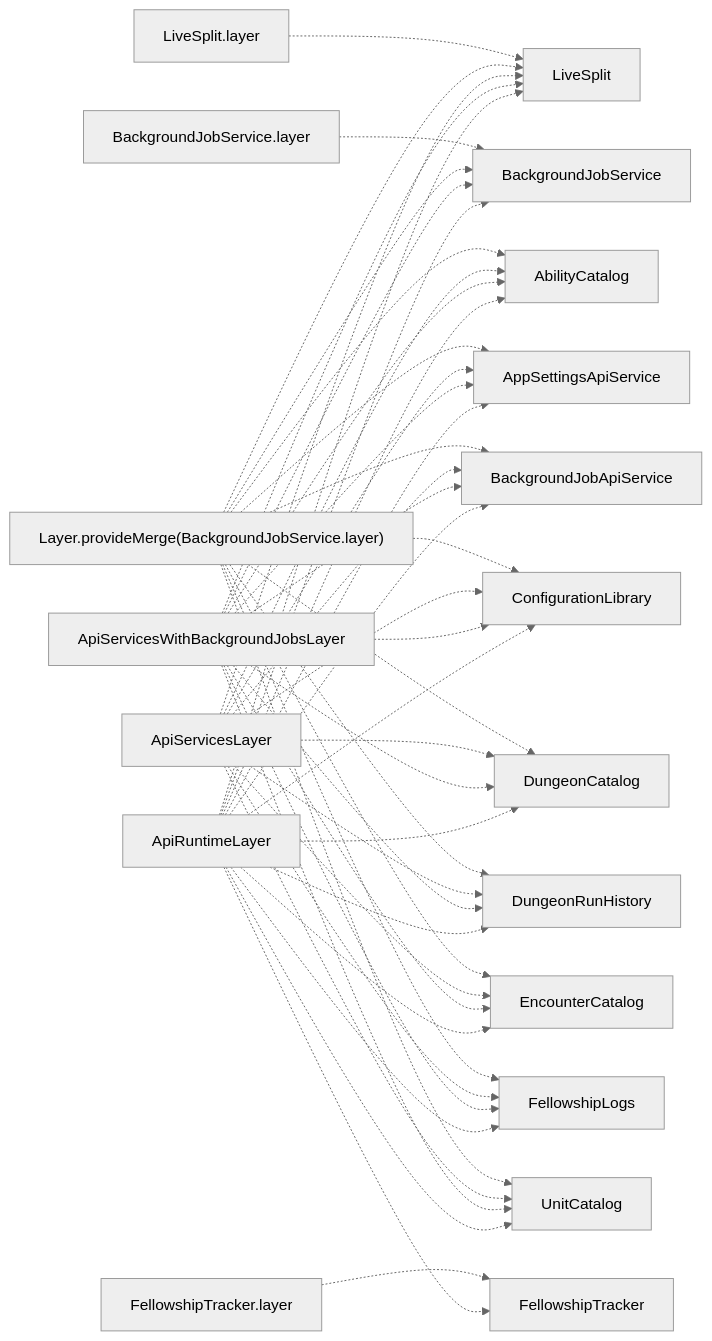
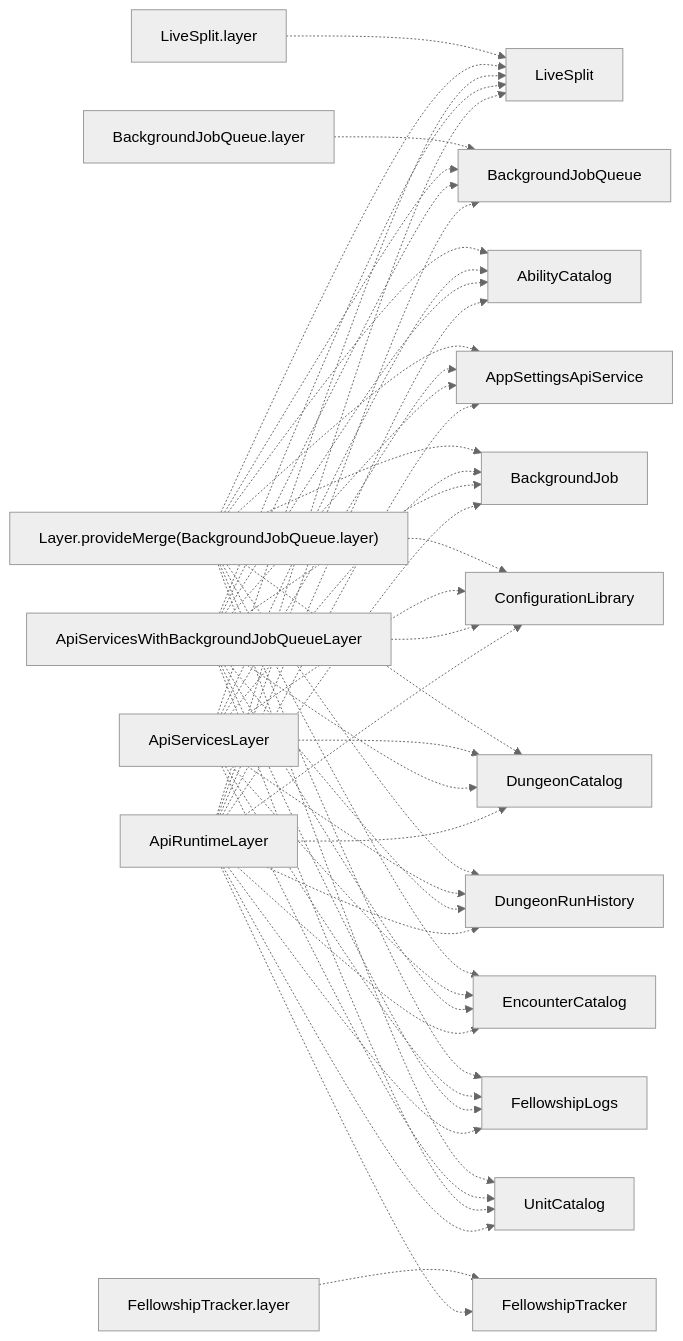
Before and after one commit to reeddunkle/fellowship-run-tracker: the diagram in apps/api/docs/architecture/analysis/service-bundle-memberships.mmd, drawn with Mermaid (neutral theme). The commit also changed 35 other files, not shown here.

Commit message:
refactor background job services

```diff
--- a/apps/api/docs/architecture/analysis/service-bundle-memberships.mmd
+++ b/apps/api/docs/architecture/analysis/service-bundle-memberships.mmd
@@ -1,67 +1,67 @@
 flowchart LR
   LiveSplit_layer["LiveSplit.layer"]
-  Layer_provideMerge_BackgroundJobService_layer_["Layer.provideMerge(BackgroundJobService.layer)"]
+  Layer_provideMerge_BackgroundJobQueue_layer_["Layer.provideMerge(BackgroundJobQueue.layer)"]
   ApiServicesLayer["ApiServicesLayer"]
-  ApiServicesWithBackgroundJobsLayer["ApiServicesWithBackgroundJobsLayer"]
+  ApiServicesWithBackgroundJobQueueLayer["ApiServicesWithBackgroundJobQueueLayer"]
   ApiRuntimeLayer["ApiRuntimeLayer"]
   FellowshipTracker_layer["FellowshipTracker.layer"]
-  BackgroundJobService_layer["BackgroundJobService.layer"]
+  BackgroundJobQueue_layer["BackgroundJobQueue.layer"]
   LiveSplit["LiveSplit"]
   FellowshipTracker["FellowshipTracker"]
-  BackgroundJobService["BackgroundJobService"]
+  BackgroundJobQueue["BackgroundJobQueue"]
   AbilityCatalog["AbilityCatalog"]
   AppSettingsApiService["AppSettingsApiService"]
-  BackgroundJobApiService["BackgroundJobApiService"]
+  BackgroundJob["BackgroundJob"]
   ConfigurationLibrary["ConfigurationLibrary"]
   DungeonCatalog["DungeonCatalog"]
   DungeonRunHistory["DungeonRunHistory"]
   EncounterCatalog["EncounterCatalog"]
   FellowshipLogs["FellowshipLogs"]
   UnitCatalog["UnitCatalog"]
   LiveSplit_layer -.-> LiveSplit
-  Layer_provideMerge_BackgroundJobService_layer_ -.-> LiveSplit
+  Layer_provideMerge_BackgroundJobQueue_layer_ -.-> LiveSplit
   ApiServicesLayer -.-> LiveSplit
-  ApiServicesWithBackgroundJobsLayer -.-> LiveSplit
+  ApiServicesWithBackgroundJobQueueLayer -.-> LiveSplit
   ApiRuntimeLayer -.-> LiveSplit
   FellowshipTracker_layer -.-> FellowshipTracker
   ApiRuntimeLayer -.-> FellowshipTracker
-  BackgroundJobService_layer -.-> BackgroundJobService
-  Layer_provideMerge_BackgroundJobService_layer_ -.-> BackgroundJobService
-  ApiServicesWithBackgroundJobsLayer -.-> BackgroundJobService
-  ApiRuntimeLayer -.-> BackgroundJobService
-  Layer_provideMerge_BackgroundJobService_layer_ -.-> AbilityCatalog
+  BackgroundJobQueue_layer -.-> BackgroundJobQueue
+  Layer_provideMerge_BackgroundJobQueue_layer_ -.-> BackgroundJobQueue
+  ApiServicesWithBackgroundJobQueueLayer -.-> BackgroundJobQueue
+  ApiRuntimeLayer -.-> BackgroundJobQueue
+  Layer_provideMerge_BackgroundJobQueue_layer_ -.-> AbilityCatalog
   ApiServicesLayer -.-> AbilityCatalog
-  ApiServicesWithBackgroundJobsLayer -.-> AbilityCatalog
+  ApiServicesWithBackgroundJobQueueLayer -.-> AbilityCatalog
   ApiRuntimeLayer -.-> AbilityCatalog
-  Layer_provideMerge_BackgroundJobService_layer_ -.-> AppSettingsApiService
+  Layer_provideMerge_BackgroundJobQueue_layer_ -.-> AppSettingsApiService
   ApiServicesLayer -.-> AppSettingsApiService
-  ApiServicesWithBackgroundJobsLayer -.-> AppSettingsApiService
+  ApiServicesWithBackgroundJobQueueLayer -.-> AppSettingsApiService
   ApiRuntimeLayer -.-> AppSettingsApiService
-  Layer_provideMerge_BackgroundJobService_layer_ -.-> BackgroundJobApiService
-  ApiServicesLayer -.-> BackgroundJobApiService
-  ApiServicesWithBackgroundJobsLayer -.-> BackgroundJobApiService
-  ApiRuntimeLayer -.-> BackgroundJobApiService
-  Layer_provideMerge_BackgroundJobService_layer_ -.-> ConfigurationLibrary
+  Layer_provideMerge_BackgroundJobQueue_layer_ -.-> BackgroundJob
+  ApiServicesLayer -.-> BackgroundJob
+  ApiServicesWithBackgroundJobQueueLayer -.-> BackgroundJob
+  ApiRuntimeLayer -.-> BackgroundJob
+  Layer_provideMerge_BackgroundJobQueue_layer_ -.-> ConfigurationLibrary
   ApiServicesLayer -.-> ConfigurationLibrary
-  ApiServicesWithBackgroundJobsLayer -.-> ConfigurationLibrary
+  ApiServicesWithBackgroundJobQueueLayer -.-> ConfigurationLibrary
   ApiRuntimeLayer -.-> ConfigurationLibrary
-  Layer_provideMerge_BackgroundJobService_layer_ -.-> DungeonCatalog
+  Layer_provideMerge_BackgroundJobQueue_layer_ -.-> DungeonCatalog
   ApiServicesLayer -.-> DungeonCatalog
-  ApiServicesWithBackgroundJobsLayer -.-> DungeonCatalog
+  ApiServicesWithBackgroundJobQueueLayer -.-> DungeonCatalog
   ApiRuntimeLayer -.-> DungeonCatalog
-  Layer_provideMerge_BackgroundJobService_layer_ -.-> DungeonRunHistory
+  Layer_provideMerge_BackgroundJobQueue_layer_ -.-> DungeonRunHistory
   ApiServicesLayer -.-> DungeonRunHistory
-  ApiServicesWithBackgroundJobsLayer -.-> DungeonRunHistory
+  ApiServicesWithBackgroundJobQueueLayer -.-> DungeonRunHistory
   ApiRuntimeLayer -.-> DungeonRunHistory
-  Layer_provideMerge_BackgroundJobService_layer_ -.-> EncounterCatalog
+  Layer_provideMerge_BackgroundJobQueue_layer_ -.-> EncounterCatalog
   ApiServicesLayer -.-> EncounterCatalog
-  ApiServicesWithBackgroundJobsLayer -.-> EncounterCatalog
+  ApiServicesWithBackgroundJobQueueLayer -.-> EncounterCatalog
   ApiRuntimeLayer -.-> EncounterCatalog
-  Layer_provideMerge_BackgroundJobService_layer_ -.-> FellowshipLogs
+  Layer_provideMerge_BackgroundJobQueue_layer_ -.-> FellowshipLogs
   ApiServicesLayer -.-> FellowshipLogs
-  ApiServicesWithBackgroundJobsLayer -.-> FellowshipLogs
+  ApiServicesWithBackgroundJobQueueLayer -.-> FellowshipLogs
   ApiRuntimeLayer -.-> FellowshipLogs
-  Layer_provideMerge_BackgroundJobService_layer_ -.-> UnitCatalog
+  Layer_provideMerge_BackgroundJobQueue_layer_ -.-> UnitCatalog
   ApiServicesLayer -.-> UnitCatalog
-  ApiServicesWithBackgroundJobsLayer -.-> UnitCatalog
+  ApiServicesWithBackgroundJobQueueLayer -.-> UnitCatalog
   ApiRuntimeLayer -.-> UnitCatalog
```
